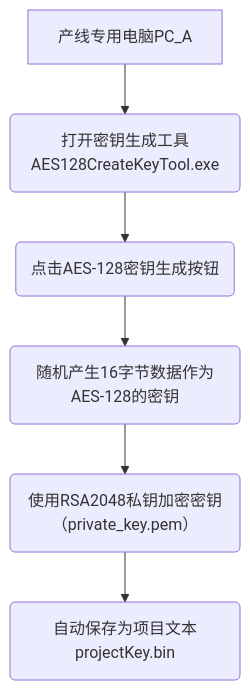
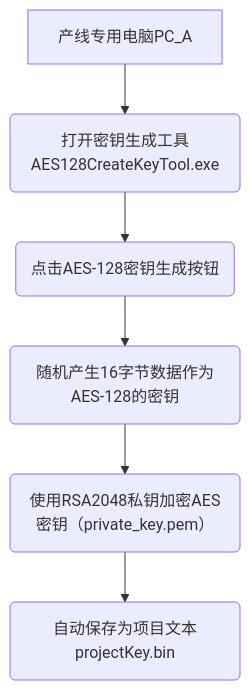
The diagram in all/未命名-9.md (facebook-cloud/iodraw-files), drawn with Mermaid before and after one commit.

Commit message:
2026-01-06 20:39:06 update

````diff
--- a/all/未命名-9.md
+++ b/all/未命名-9.md
@@ -1,9 +1,9 @@
 ```mermaid
 graph TD
     A[产线专用电脑PC_A] --> B(打开密钥生成工具AES128CreateKeyTool.exe)
     B --> C(点击AES-128密钥生成按钮)
     C --> D(随机产生16字节数据作为AES-128的密钥)
-    D --> E(使用RSA2048私钥加密密钥（private_key.pem）)
+    D --> E(使用RSA2048私钥加密AES密钥（private_key.pem）)
     E --> F(自动保存为项目文本projectKey.bin)
 
 ```
````
